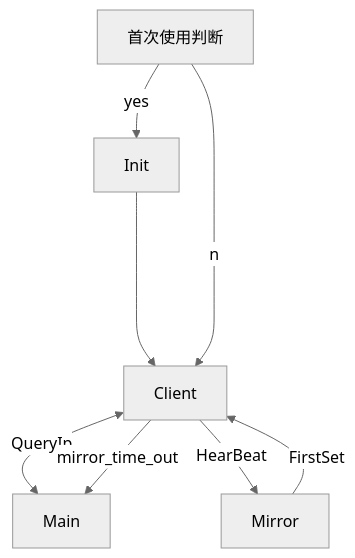
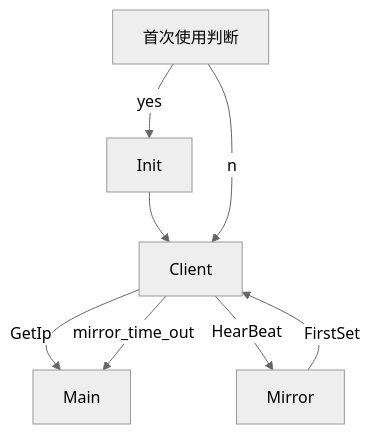
One commit to HUGHNew/Cids-Client changed the second of 7 diagrams in structure.md. Above: the diagram before and after it, drawn with Mermaid (neutral theme). The commit also changed other lines of this file and 8 other files, not shown here.

````diff
--- a/structure.md
+++ b/structure.md
@@ -58,6 +58,6 @@
 ```mermaid
 graph TD
-首次使用判断--yes-->Init---->Client <--QueryIp--> Main
+首次使用判断--yes-->Init-->Client--GetIp-->Main
 首次使用判断--no-->Client--HearBeat-->Mirror
 Mirror --FirstSet--> Client --mirror_time_out-->Main
 ```
````
